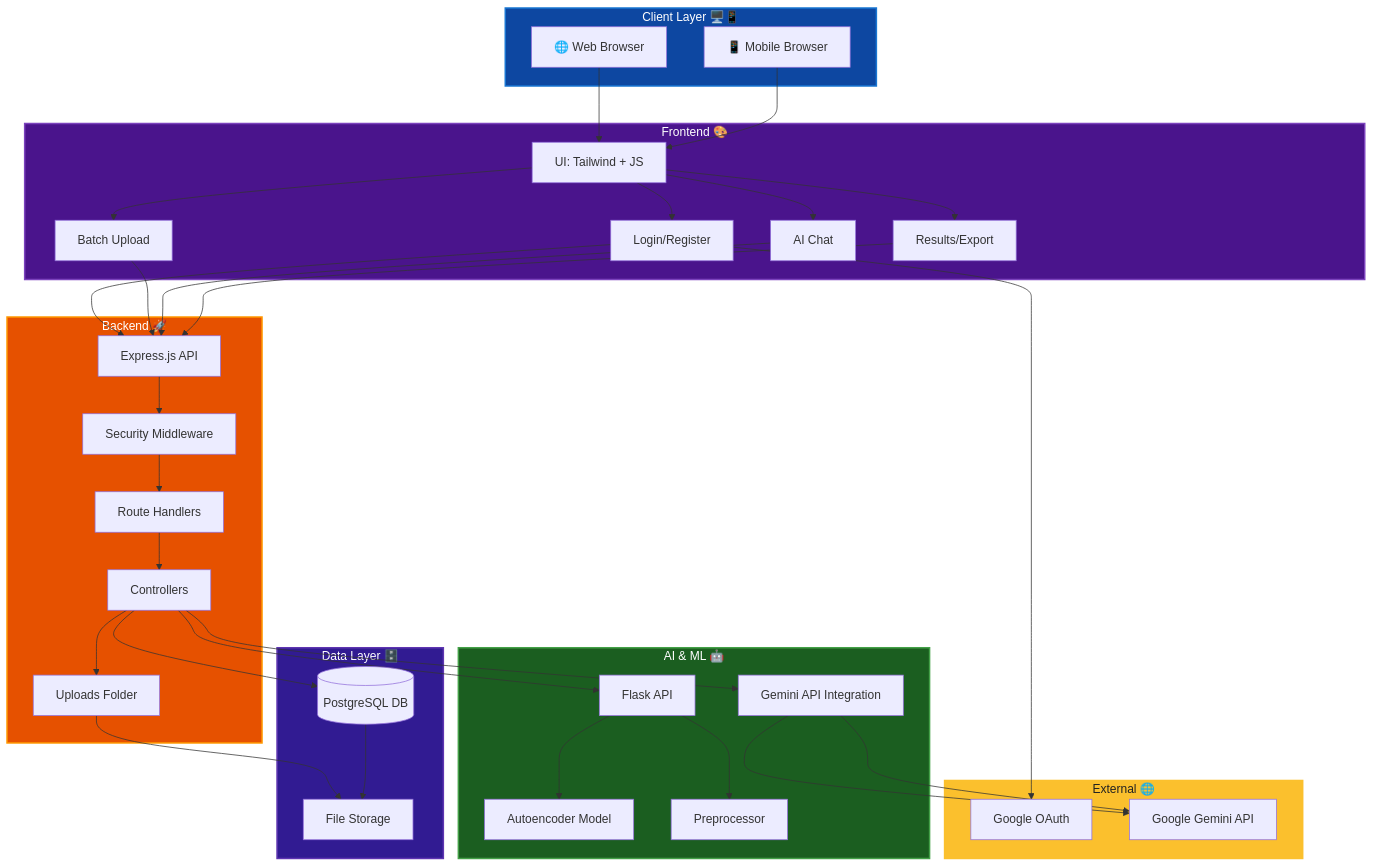
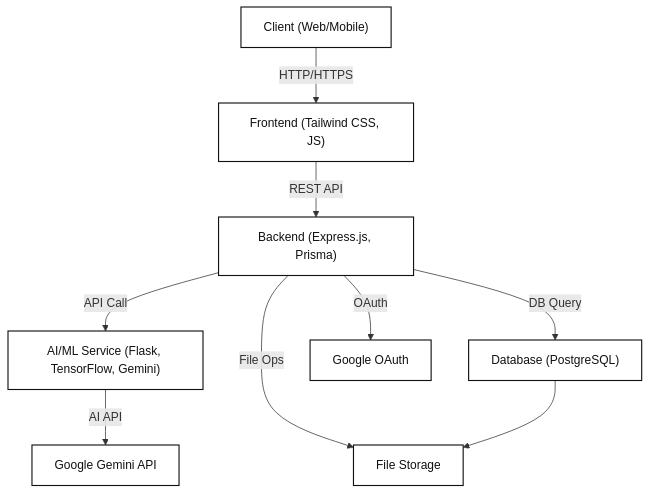
The diagram in README.md (hasibashari/fraud-detector), drawn with Mermaid before and after one commit. The commit also changed other lines of this file, not shown here.

Commit message:
refactor: enhance system architecture explanation and update diagram for clarity and structure

````diff
--- a/README.md
+++ b/README.md
@@ -72,77 +77,24 @@
 ```mermaid
-flowchart TD
-    subgraph CLIENT[Client Layer 🖥️📱]
-        WEB["🌐 Web Browser"]
-        MOB["📱 Mobile Browser"]
-    end
-    subgraph FRONTEND[Frontend 🎨]
-        UI["UI: Tailwind + JS"]
-        AUTH["Login/Register"]
-        UPLOAD["Batch Upload"]
-        CHAT["AI Chat"]
-        RESULTS["Results/Export"]
-    end
-    subgraph BACKEND[Backend 🚀]
-        API["Express.js API"]
-        MIDDLEWARE["Security Middleware"]
-        ROUTES["Route Handlers"]
-        CTRL["Controllers"]
-        FILES["Uploads Folder"]
-    end
-    subgraph AI[AI & ML 🤖]
-        PYAPI["Flask API"]
-        MODEL["Autoencoder Model"]
-        PREPROC["Preprocessor"]
-        GEMINI["Gemini API Integration"]
-    end
-    subgraph DATA[Data Layer 🗄️]
-        DB[("PostgreSQL DB")]
-        STORAGE["File Storage"]
-    end
-    subgraph EXTERNAL[External 🌐]
-        GOOGLE["Google OAuth"]
-        GEMINI_API["Google Gemini API"]
-    end
-    %% Client to Frontend
-    WEB & MOB --> UI
-    UI --> AUTH
-    UI --> UPLOAD
-    UI --> CHAT
-    UI --> RESULTS
-    %% Frontend to Backend
-    AUTH --> API
-    UPLOAD --> API
-    CHAT --> API
-    RESULTS --> API
-    %% Backend internals
-    API --> MIDDLEWARE
-    MIDDLEWARE --> ROUTES
-    ROUTES --> CTRL
-    CTRL --> DB
-    CTRL --> FILES
-    CTRL --> PYAPI
-    CTRL --> GEMINI
-    %% AI Layer
-    PYAPI --> MODEL
-    PYAPI --> PREPROC
-    GEMINI --> GEMINI_API
-    %% Data Layer
-    FILES --> STORAGE
+flowchart TB
+    CLIENT["Client (Web/Mobile)"]
+    FRONTEND["Frontend (Tailwind CSS, JS)"]
+    BACKEND["Backend (Express.js, Prisma)"]
+    AI["AI/ML Service (Flask, TensorFlow, Gemini)"]
+    DB["Database (PostgreSQL)"]
+    STORAGE["File Storage"]
+    OAUTH["Google OAuth"]
+    GEMINI["Google Gemini API"]
+
+    CLIENT -->|HTTP/HTTPS| FRONTEND
+    FRONTEND -->|REST API| BACKEND
+    BACKEND -->|API Call| AI
+    BACKEND -->|DB Query| DB
+    BACKEND -->|File Ops| STORAGE
+    BACKEND -->|OAuth| OAUTH
+    AI -->|AI API| GEMINI
     DB --> STORAGE
-    %% External
-    AUTH --> GOOGLE
-    GEMINI --> GEMINI_API
-    %% Styling for dark/light mode
-    classDef client fill:#0d47a1,color:#fff,stroke:#1976d2,stroke-width:2px;
-    classDef frontend fill:#4a148c,color:#fff,stroke:#7c43bd,stroke-width:2px;
-    classDef backend fill:#e65100,color:#fff,stroke:#ff9800,stroke-width:2px;
-    classDef ai fill:#1b5e20,color:#fff,stroke:#43a047,stroke-width:2px;
-    classDef data fill:#311b92,color:#fff,stroke:#5e35b1,stroke-width:2px;
-    classDef external fill:#fbc02d,color:#222,stroke:#fbc02d,stroke-width:2px;
-    class CLIENT client;
-    class FRONTEND frontend;
-    class BACKEND backend;
-    class AI ai;
-    class DATA data;
-    class EXTERNAL external;
+
+    %% Styling: Black & White only
+    classDef bw fill:#fff,color:#111,stroke:#111,stroke-width:1.5px;
+    class CLIENT,FRONTEND,BACKEND,AI,DB,STORAGE,OAUTH,GEMINI bw;
 ```
````
